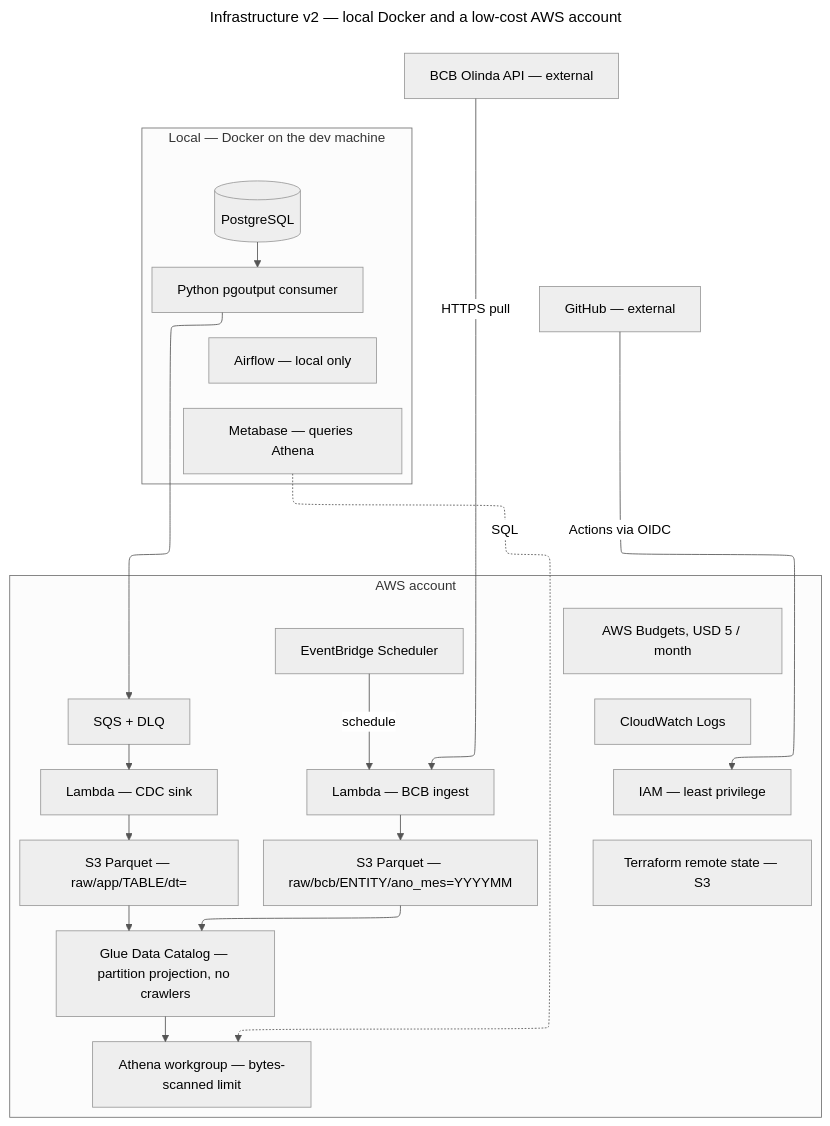
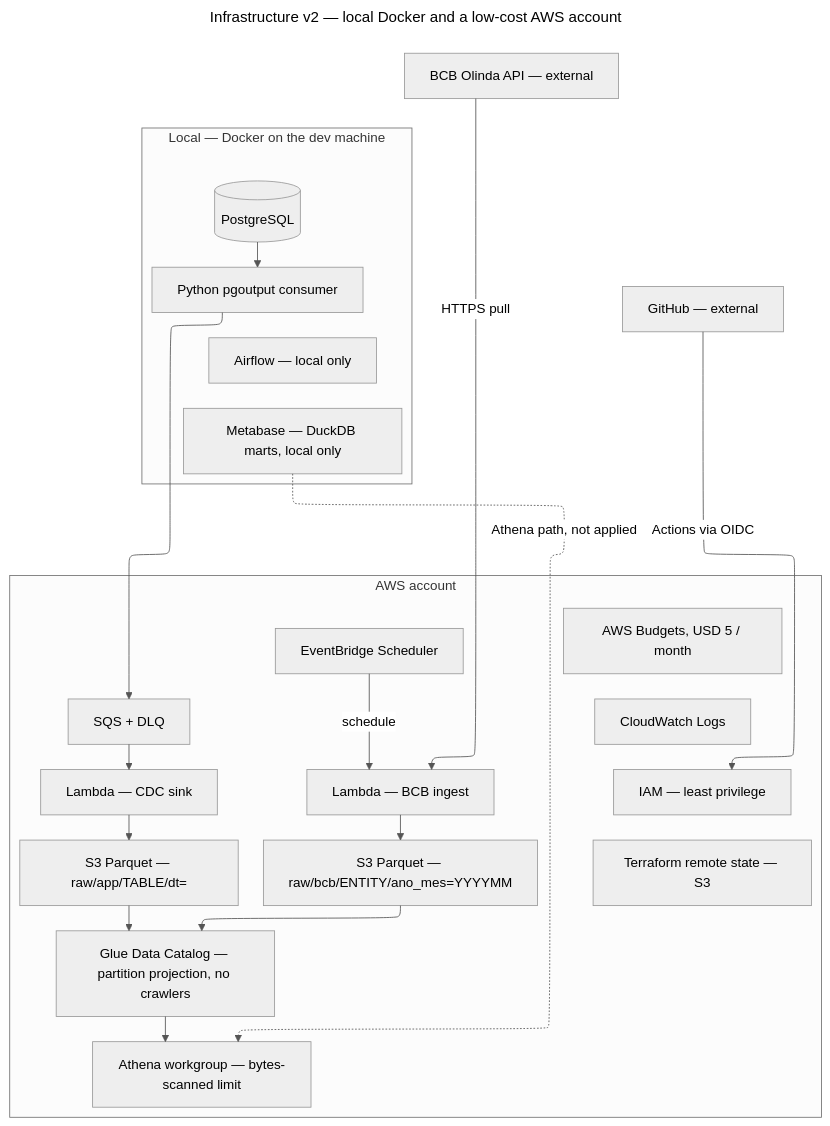
Before and after one commit to joaquim4lves/pix-data-platform: the diagram in docs/architecture/infra-aws.mmd, drawn with Mermaid. The commit also changed 91 other files, not shown here.

```diff
--- a/docs/architecture/infra-aws.mmd
+++ b/docs/architecture/infra-aws.mmd
@@ -1,62 +1,62 @@
 ---
 title: Infrastructure v2 — local Docker and a low-cost AWS account
 config:
   theme: neutral
   layout: elk
   flowchart:
     rankSpacing: 28
     nodeSpacing: 24
     htmlLabels: true
     curve: basis
   themeVariables:
     lineColor: "#555555"
     primaryTextColor: "#1a1a1a"
 ---
 flowchart TB
   bcb["BCB Olinda API — external"]
   gh["GitHub — external"]
   bcb ~~~ gh
 
   subgraph local["Local — Docker on the dev machine"]
     direction TB
     pg[("PostgreSQL")]
     cdc["Python pgoutput consumer"]
     af["Airflow — local only"]
-    mb["Metabase — queries Athena"]
+    mb["Metabase — DuckDB marts, local only"]
     pg --> cdc
     cdc ~~~ af
     af ~~~ mb
   end
 
   subgraph aws["AWS account"]
     direction TB
     ev["EventBridge Scheduler"]
     lam["Lambda — BCB ingest"]
     s3b["S3 Parquet — raw/bcb/ENTITY/ano_mes=YYYYMM"]
     ev -->|"schedule"| lam
     lam --> s3b
 
     sqs["SQS + DLQ"]
     sink["Lambda — CDC sink"]
     s3a["S3 Parquet — raw/app/TABLE/dt="]
     sqs --> sink --> s3a
 
     glue["Glue Data Catalog — partition projection, no crawlers"]
     ath["Athena workgroup — bytes-scanned limit"]
     s3b --> glue
     s3a --> glue
     glue --> ath
 
     bud["AWS Budgets, USD 5 / month"]
     cw["CloudWatch Logs"]
     iam["IAM — least privilege"]
     tf["Terraform remote state — S3"]
     bud ~~~ cw
     cw ~~~ iam
     iam ~~~ tf
   end
 
   bcb -->|"HTTPS pull"| lam
   cdc --> sqs
   gh -->|"Actions via OIDC"| iam
-  mb -.->|"SQL"| ath
+  mb -.->|"Athena path, not applied"| ath
```
